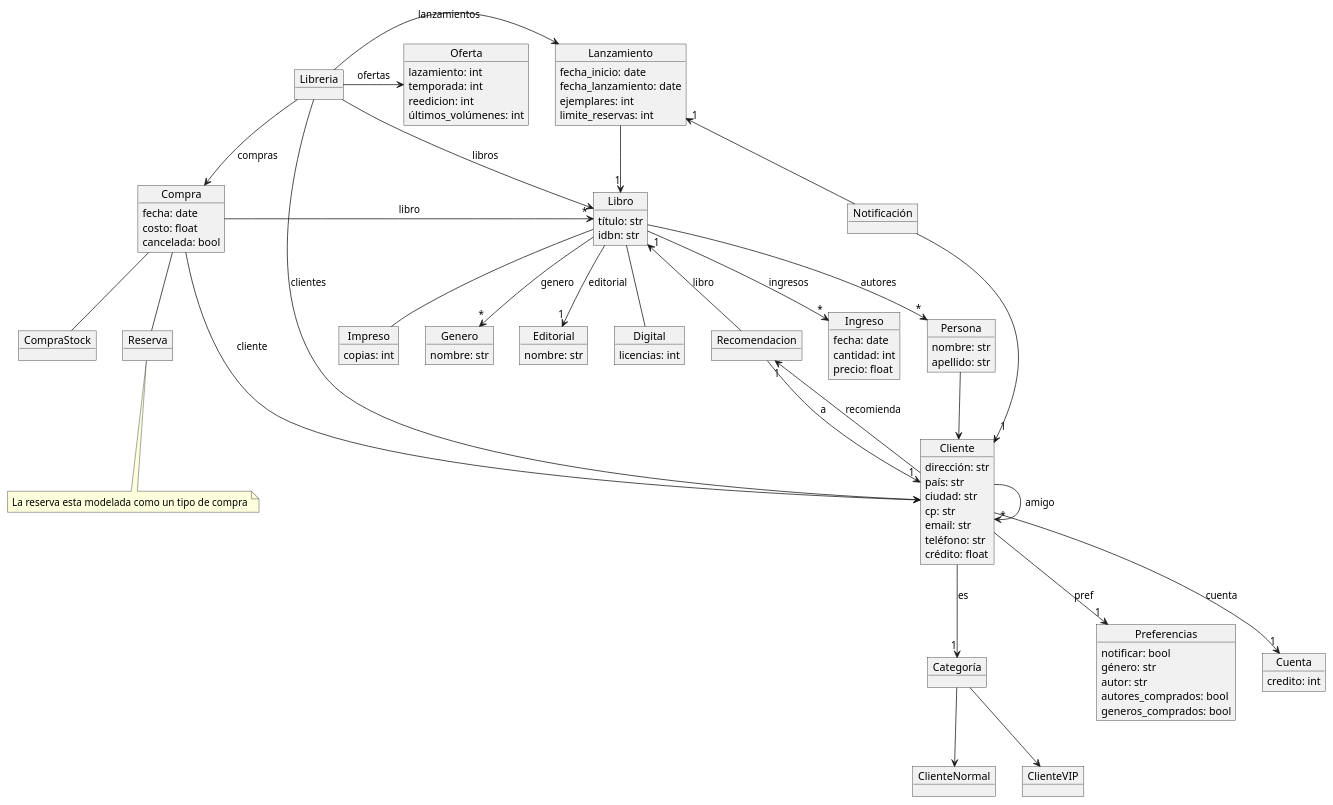
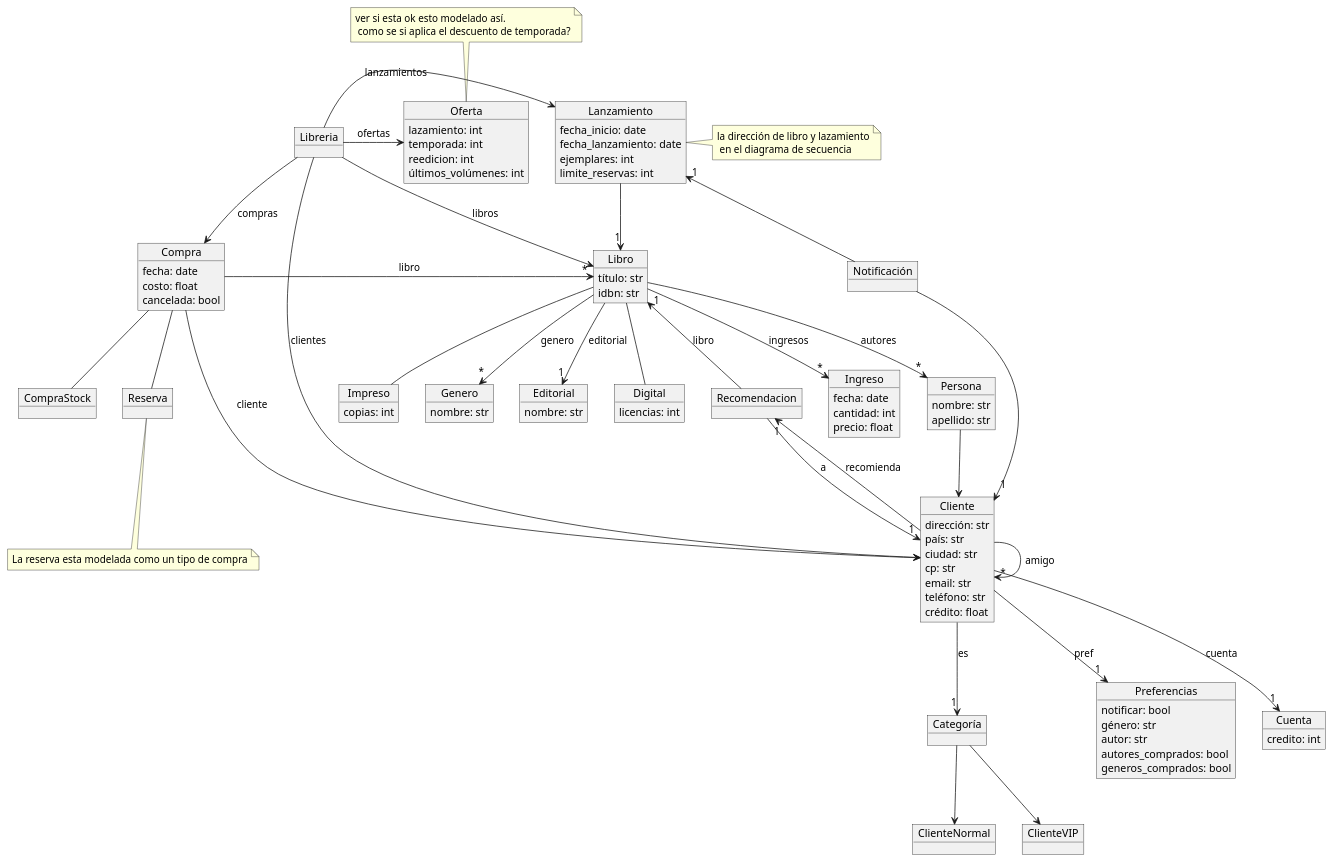
Before and after one commit to pablodanielrey/dsbm: the diagram in tp/modelo-de-dominio.plantuml, drawn with PlantUML. The commit also changed 1 other file, not shown here.

```diff
--- a/tp/modelo-de-dominio.plantuml
+++ b/tp/modelo-de-dominio.plantuml
@@ -1,153 +1,156 @@
 @startuml
 
 
 object Oferta {
     lazamiento: int
     temporada: int
     reedicion: int
     últimos_volúmenes: int
 }
-
+note top of Oferta: ver si esta ok esto modelado así.\n como se si aplica el descuento de temporada?
 
 together {
     object Persona {
         nombre: str
         apellido: str
     }
     object Cliente {
         dirección: str
         país: str
         ciudad: str
         cp: str
         email: str
         teléfono: str
         crédito: float
     }
 
     object Categoría
     object ClienteNormal
     object ClienteVIP
 }
 
 object Preferencias {
     notificar: bool
     género: str
     autor: str
     autores_comprados: bool
     generos_comprados: bool
 }
 
 together {
     object Libro {
         título: str
         idbn: str
     }
     object Digital {
         licencias: int
     }
     object Impreso {
         copias: int
     }
     object Genero {
         nombre: str
     }
     object Editorial {
         nombre: str
     }
+
 }
 
 together {
 
     object Compra {
         fecha: date
         costo: float
         cancelada: bool
     }
     object CompraStock {
     }
     object Reserva {
     }
     note bottom of Reserva: La reserva esta modelada como un tipo de compra
 }
 
 object Ingreso {
     fecha: date
     cantidad: int
     precio: float
 }
 
 object Recomendacion
 
 object Notificación
 
 object Libreria {
 }
 
 object Lanzamiento {
     fecha_inicio: date
     fecha_lanzamiento: date
     ejemplares: int
     limite_reservas: int
 }
+note right of Lanzamiento: la dirección de libro y lazamiento\n en el diagrama de secuencia
+
 
 object Cuenta {
     credito: int
 }
 
 
 Libreria -> Cliente : clientes
 Libreria -> Libro : libros
 Libreria -> Compra : compras
 Libreria -> Oferta : ofertas
 Libreria -> Lanzamiento : lanzamientos
 
 /'
 object Inventario
 object StockDigital {
     licencias: int
 }
 object StockFisico {
     copias: int
 }
 
 Inventario -u- StockDigital
 StockDigital -u- "1" Digital : en_stock
 Inventario -u- StockFisico
 StockFisico -u- "1" Impreso : en_stock
 '/
 
 Cliente -d-> "1" Preferencias : pref
 Cliente -d-> "1" Cuenta : cuenta
 
 
 Compra -> "*" Libro : libro
 Compra -d- CompraStock
 Compra -d- Reserva
 Compra -> Cliente : cliente
 
 Libro --> "*" Persona : autores
 Libro --> "*" Genero: genero
 Libro --> "1" Editorial: editorial
 Libro --> "*" Ingreso : ingresos
 
 Persona -d-> Cliente
 Cliente -d-> "1" Categoría : es
 Categoría -d-> ClienteNormal
 Categoría -d-> ClienteVIP
 
 'Cliente ---> "*" Compra : realiza
 Cliente -> "*" Cliente : amigo
 Cliente -u-> "1" Recomendacion : recomienda
 Recomendacion --> "1" Cliente : a
 Recomendacion -l-> "1" Libro : libro
 
 
 Libro -d- Digital
 Libro -d- Impreso
 
 Lanzamiento -d-> "1" Libro
 
 Notificación -> "1" Cliente
 Notificación -u-> "1" Lanzamiento
 
 @enduml
```
